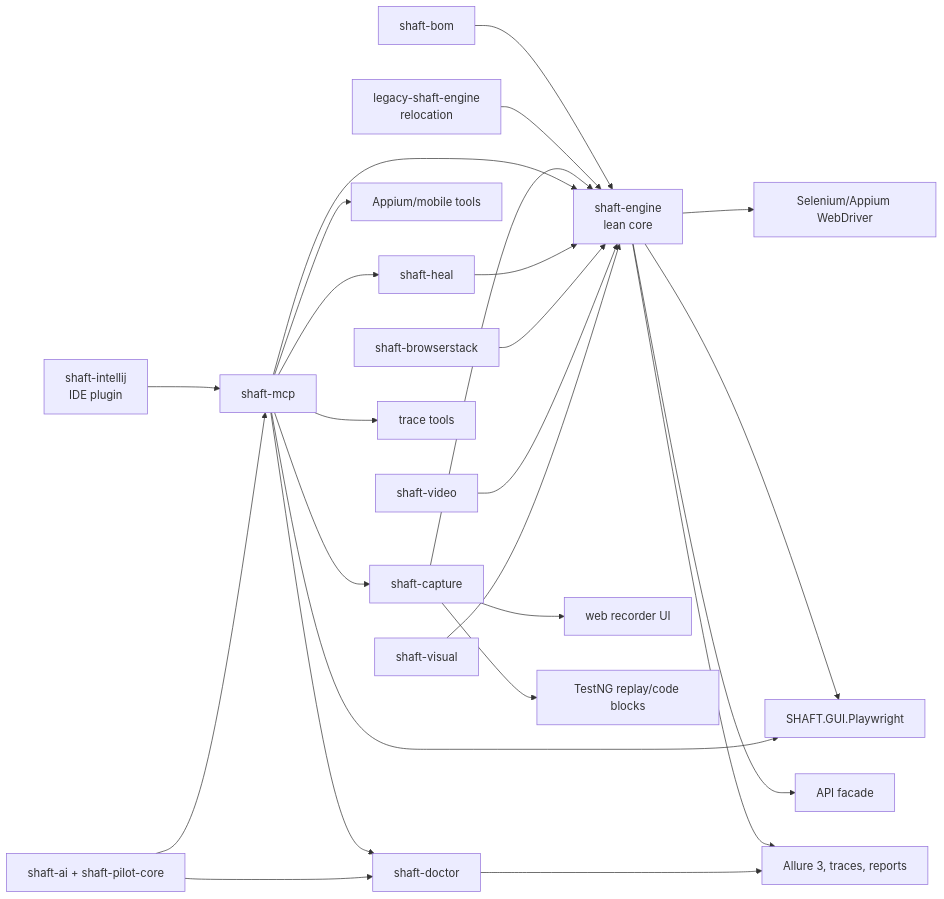
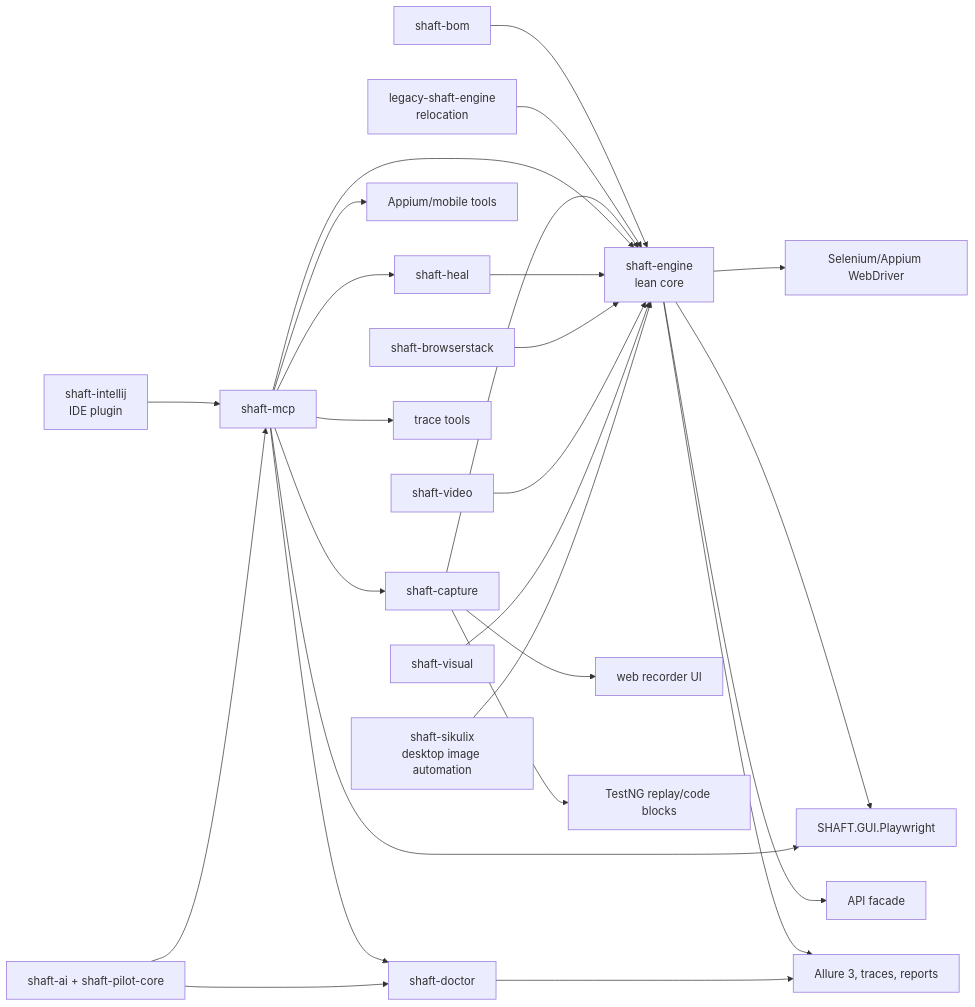
Before and after one commit to ShaftHQ/SHAFT_ENGINE: the first of 4 diagrams in modular-era-feature-catalog.md, drawn with Mermaid. The commit also changed other lines of this file and 62 other files, not shown here.

````diff
--- a/modular-era-feature-catalog.md
+++ b/modular-era-feature-catalog.md
@@ -447,32 +484,33 @@
 ```mermaid
 flowchart LR
     Core[shaft-engine<br/>lean core] --> WebDriver[Selenium/Appium WebDriver]
     Core --> Playwright[SHAFT.GUI.Playwright]
     Core --> API[API facade]
     Core --> Reporting[Allure 3, traces, reports]
 
     BOM[shaft-bom] --> Core
     Legacy[legacy-shaft-engine<br/>relocation] --> Core
 
     Capture[shaft-capture] --> Core
     Capture --> Recorder[web recorder UI]
     Capture --> Codegen[TestNG replay/code blocks]
 
     MCP[shaft-mcp] --> Core
     MCP --> Capture
     MCP --> Playwright
     MCP --> Mobile[Appium/mobile tools]
     MCP --> Doctor
     MCP --> Heal
     MCP --> Trace[trace tools]
     IntelliJ[shaft-intellij<br/>IDE plugin] --> MCP
 
     Doctor[shaft-doctor] --> Reporting
     Heal[shaft-heal] --> Core
     AI[shaft-ai + shaft-pilot-core] --> Doctor
     AI --> MCP
 
     BrowserStack[shaft-browserstack] --> Core
     Video[shaft-video] --> Core
     Visual[shaft-visual] --> Core
+    SikuliX[shaft-sikulix<br/>desktop image automation] --> Core
 ```
````
